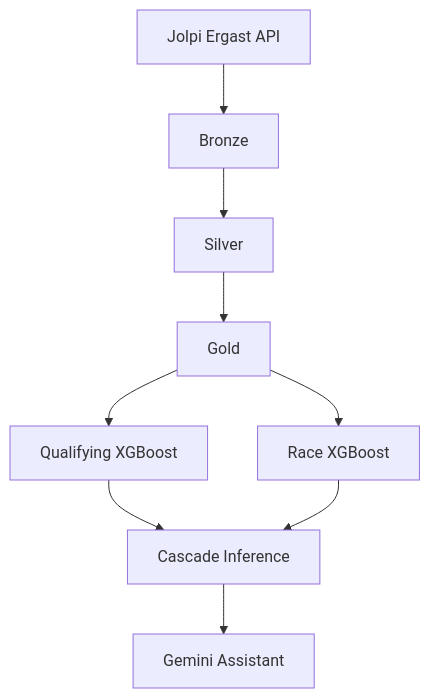
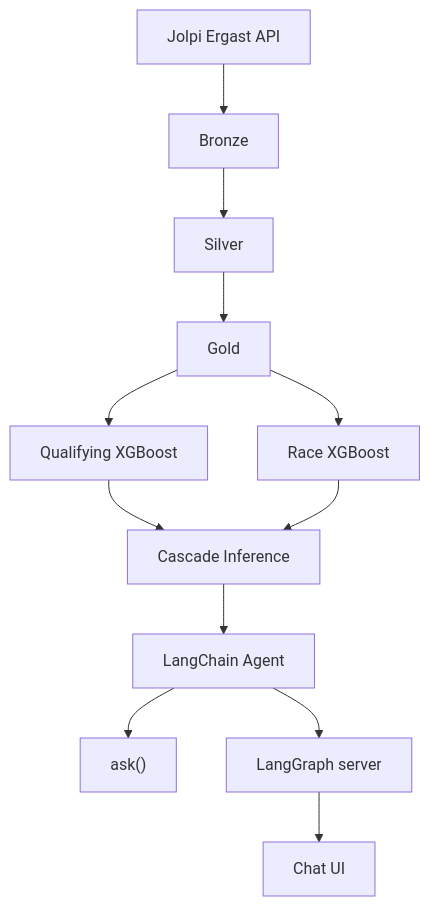
Before and after one commit to filippo99barto/f1-predictor: the diagram in README.md, drawn with Mermaid. The commit also changed other lines of this file and 13 other files, not shown here.

````diff
--- a/README.md
+++ b/README.md
@@ -9,11 +9,14 @@
 ```mermaid
 flowchart TB
     API[Jolpi Ergast API] --> Bronze
     Bronze --> Silver
     Silver --> Gold
     Gold --> QualiModel[Qualifying XGBoost]
     Gold --> RaceModel[Race XGBoost]
     QualiModel --> Cascade[Cascade Inference]
     RaceModel --> Cascade
-    Cascade --> Assistant[Gemini Assistant]
+    Cascade --> Agent[LangChain Agent]
+    Agent --> Ask["ask()"]
+    Agent --> Server[LangGraph server]
+    Server --> UI[Chat UI]
 ```
````
